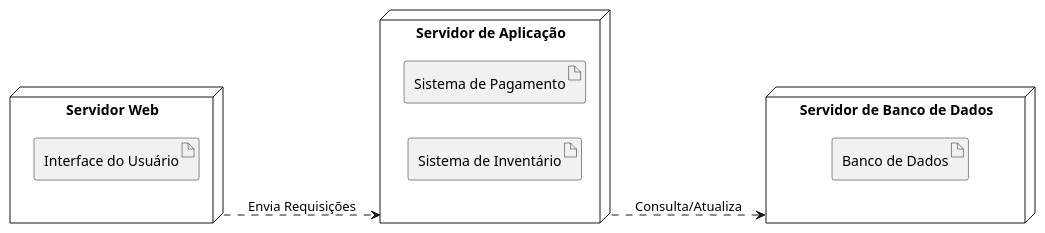
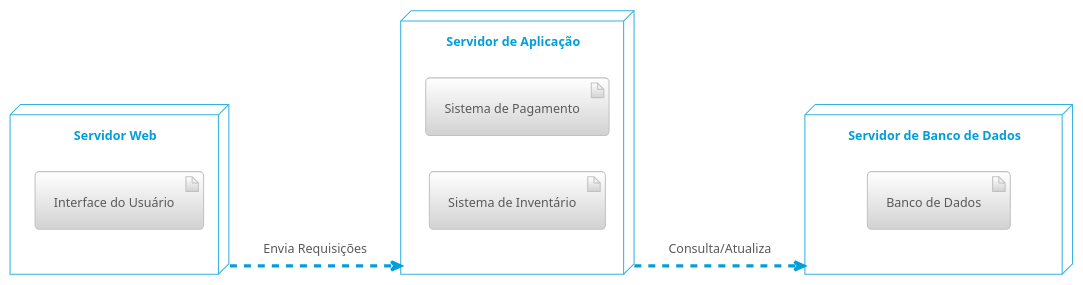
Before and after one commit to LeonardoVieiraGuimaraes/OrientacaoObjetos: the diagram in UML/DiagramasEstruturais/Impantação.puml, drawn with PlantUML. The commit also changed 14 other files, not shown here.

```diff
--- a/UML/DiagramasEstruturais/Impantação.puml
+++ b/UML/DiagramasEstruturais/Impantação.puml
@@ -1,18 +1,19 @@
-@startuml
+@startuml ServidorAplicacao
+!theme bluegray
 left to right direction
 node "Servidor Web" as web {
     artifact "Interface do Usuário"
 }
 
 node "Servidor de Aplicação" as app {
     artifact "Sistema de Pagamento"
     artifact "Sistema de Inventário"
 }
 
 node "Servidor de Banco de Dados" as db {
     artifact "Banco de Dados"
 }
 
 web ..> app : Envia Requisições
 app ..> db : Consulta/Atualiza
 @enduml
```
